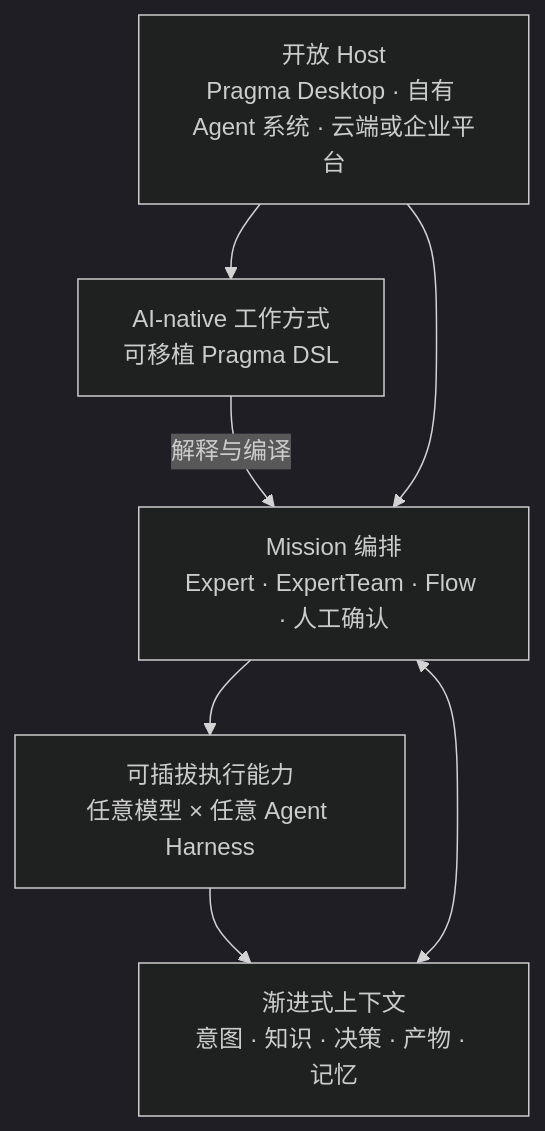
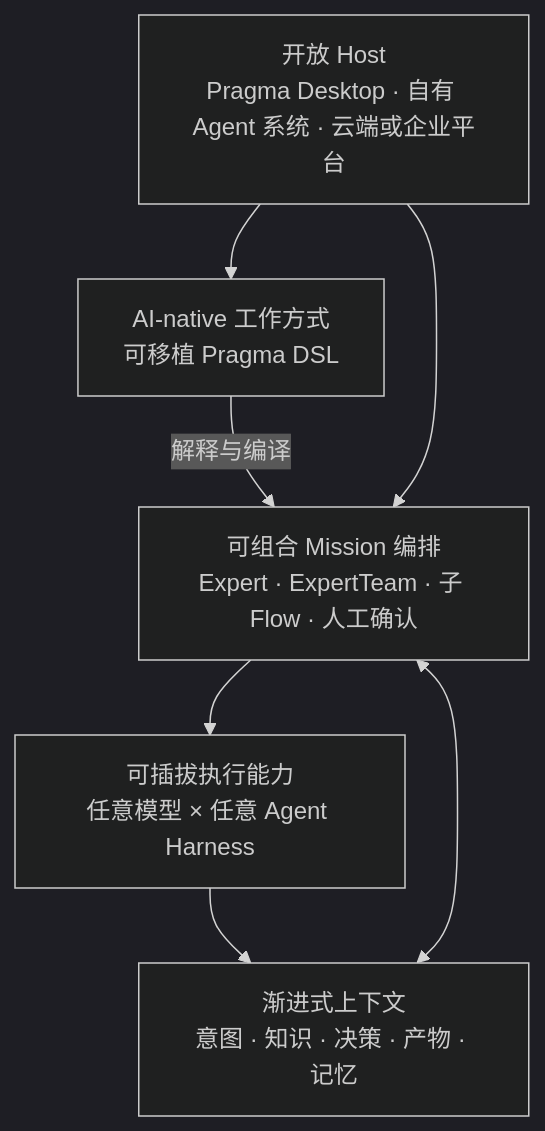
Before and after one commit to pqpo/pragma: the second of 2 diagrams in README.zh-CN.md, drawn with Mermaid (dark theme). The commit also changed other lines of this file and 1 other file, not shown here.

````diff
--- a/README.zh-CN.md
+++ b/README.zh-CN.md
@@ -99,15 +112,15 @@
 ```mermaid
 flowchart TB
   method["AI-native 工作方式<br/>可移植 Pragma DSL"]
-  orchestration["Mission 编排<br/>Expert · ExpertTeam · Flow · 人工确认"]
+  orchestration["可组合 Mission 编排<br/>Expert · ExpertTeam · 子 Flow · 人工确认"]
   context["渐进式上下文<br/>意图 · 知识 · 决策 · 产物 · 记忆"]
   execution["可插拔执行能力<br/>任意模型 × 任意 Agent Harness"]
   hosts["开放 Host<br/>Pragma Desktop · 自有 Agent 系统 · 云端或企业平台"]
 
   method -->|解释与编译| orchestration
   context <--> orchestration
   orchestration --> execution
   execution --> context
   hosts --> method
   hosts --> orchestration
 ```
````
